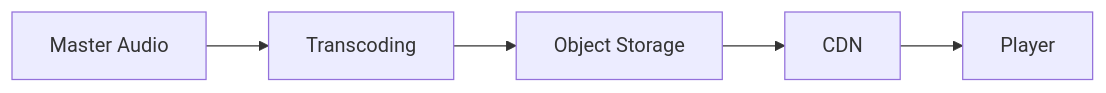
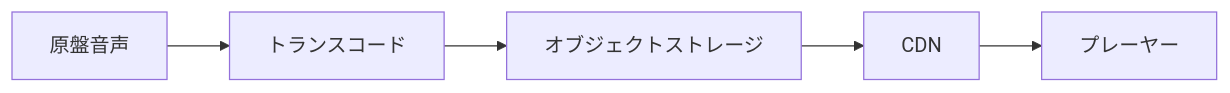
Before and after one commit to ShigeichiroYamasaki/creator-first-platform: the fifth of 47 diagrams in docs/whitepaper/12-infrastructure-cost.md, drawn with Mermaid. The commit also changed other lines of this file and 72 other files, not shown here.

````diff
--- a/docs/whitepaper/12-infrastructure-cost.md
+++ b/docs/whitepaper/12-infrastructure-cost.md
@@ -201,10 +201,10 @@
 ```mermaid
 flowchart LR
-    MASTER[Master Audio]
-    TRANSCODE[Transcoding]
-    OBJECT[Object Storage]
+    MASTER[原盤音声]
+    TRANSCODE[トランスコード]
+    OBJECT[オブジェクトストレージ]
     CDN[CDN]
-    PLAYER[Player]
+    PLAYER[プレーヤー]
 
     MASTER --> TRANSCODE --> OBJECT --> CDN --> PLAYER
 ```
````
